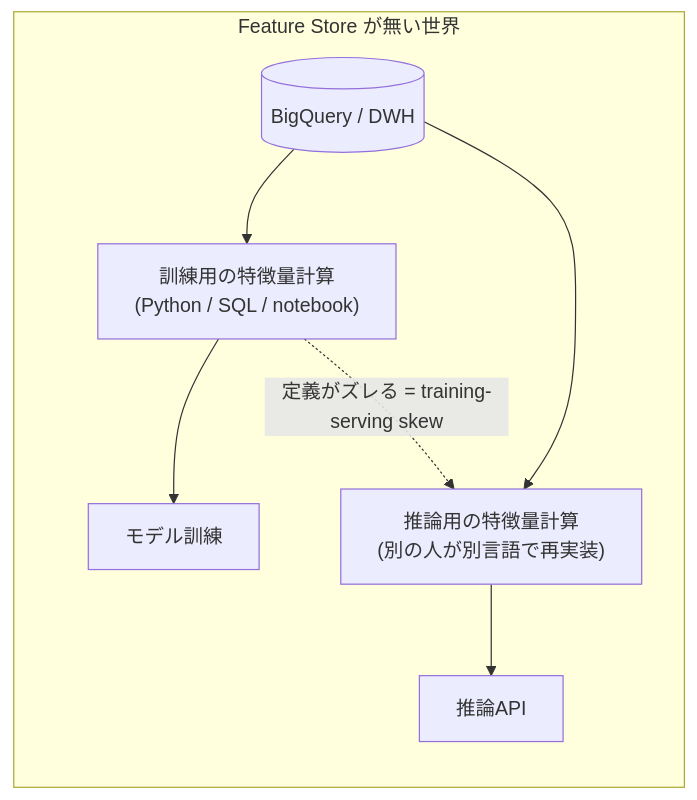
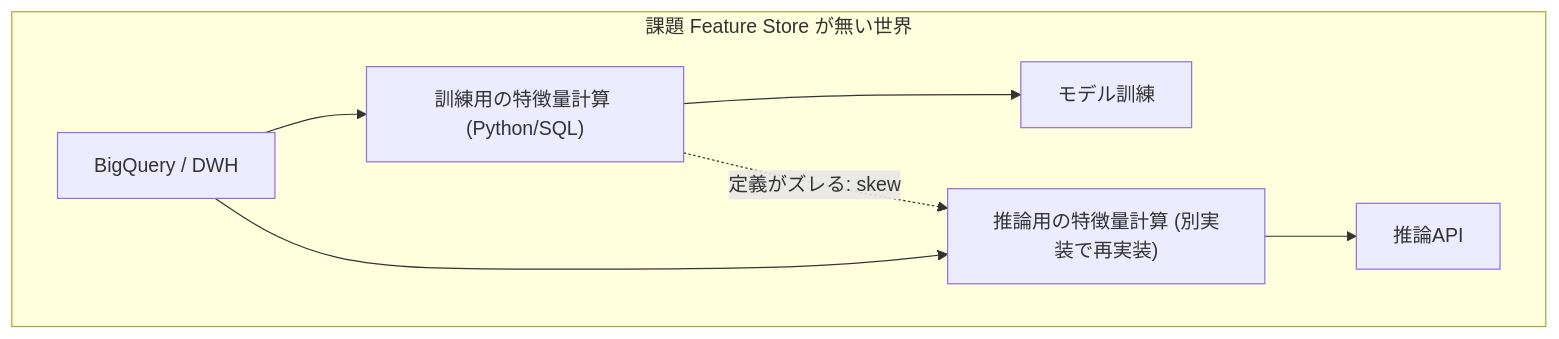
The first of 10 diagrams in docs/Feature-store入門.md (kurosawa-kuro/study-gcp-feature-store), drawn with Mermaid before and after one commit. The commit also changed other lines of this file and 6 other files, not shown here.

````diff
--- a/docs/Feature-store入門.md
+++ b/docs/Feature-store入門.md
@@ -23,14 +23,13 @@
 ```mermaid
-flowchart TB
-    subgraph NG["Feature Store が無い世界"]
-        direction TB
-        raw1[(BigQuery / DWH)]
-        train_fe["訓練用の特徴量計算<br/>(Python / SQL / notebook)"]
-        serve_fe["推論用の特徴量計算<br/>(別の人が別言語で再実装)"]
+graph TB
+    subgraph 課題 Feature Store が無い世界
+        raw1["BigQuery / DWH"]
+        train_fe["訓練用の特徴量計算 (Python/SQL)"]
+        serve_fe["推論用の特徴量計算 (別実装で再実装)"]
         model1["モデル訓練"]
         api1["推論API"]
         raw1 --> train_fe --> model1
         raw1 --> serve_fe --> api1
-        train_fe -.->|"定義がズレる = training-serving skew"| serve_fe
+        train_fe -.->|"定義がズレる: skew"| serve_fe
     end
 ```
````
